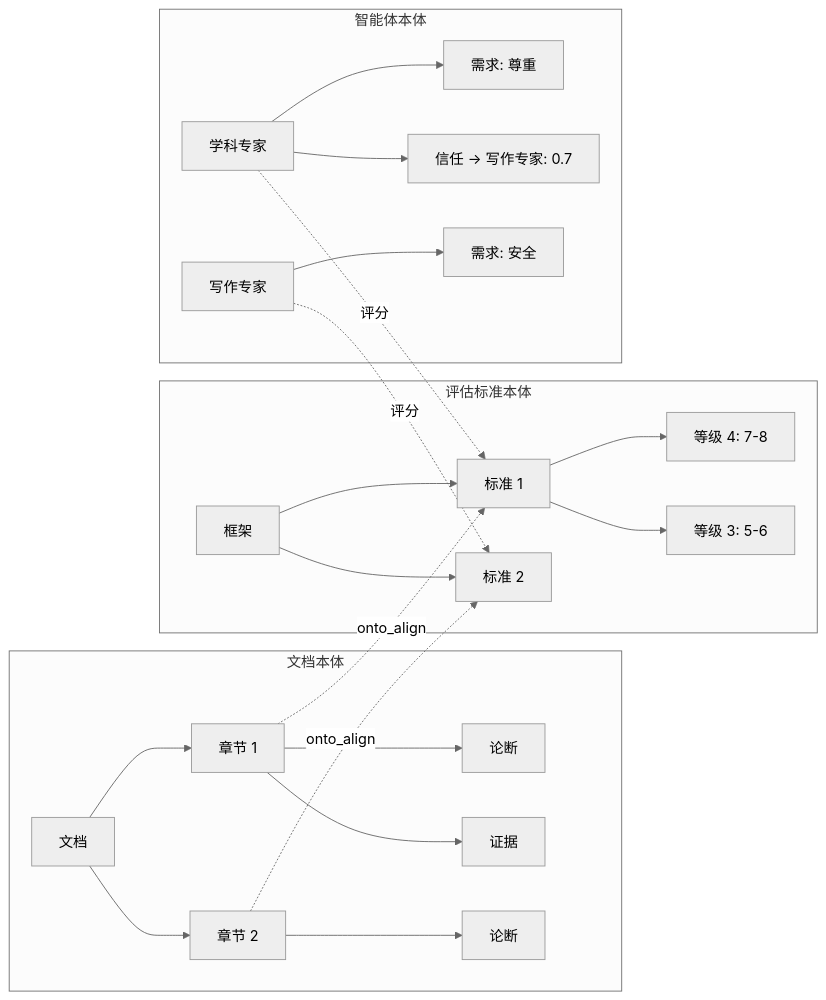
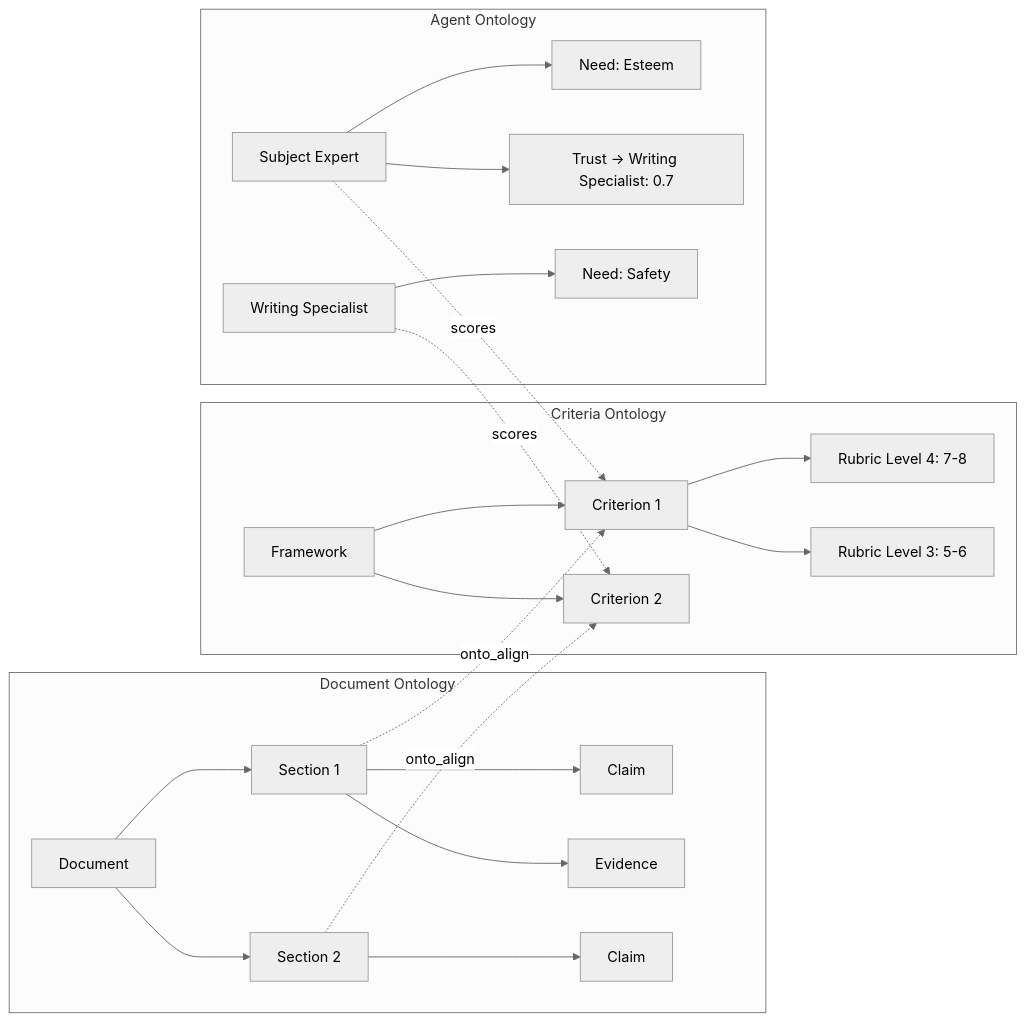
The second of 4 diagrams in README-CN.md (fabio-rovai/brain-in-the-fish), drawn with Mermaid (neutral theme) before and after one commit. The commit also changed other lines of this file and 2 other files, not shown here.

````diff
--- a/README-CN.md
+++ b/README-CN.md
@@ -173,28 +232,28 @@
 ```mermaid
 graph LR
-    subgraph "文档本体"
-        D[文档] --> S1[章节 1]
-        D --> S2[章节 2]
-        S1 --> C1[论断]
-        S1 --> E1[证据]
-        S2 --> C2[论断]
+    subgraph "Document Ontology"
+        D[Document] --> S1[Section 1]
+        D --> S2[Section 2]
+        S1 --> C1[Claim]
+        S1 --> E1[Evidence]
+        S2 --> C2[Claim]
     end
 
-    subgraph "评估标准本体"
-        F[框架] --> CR1[标准 1]
-        F --> CR2[标准 2]
-        CR1 --> R1[等级 4: 7-8]
-        CR1 --> R2[等级 3: 5-6]
+    subgraph "Criteria Ontology"
+        F[Framework] --> CR1[Criterion 1]
+        F --> CR2[Criterion 2]
+        CR1 --> R1[Rubric Level 4: 7-8]
+        CR1 --> R2[Rubric Level 3: 5-6]
     end
 
-    subgraph "智能体本体"
-        A1[学科专家] --> N1[需求: 尊重]
-        A1 --> T1[信任 → 写作专家: 0.7]
-        A2[写作专家] --> N2[需求: 安全]
+    subgraph "Agent Ontology"
+        A1[Subject Expert] --> N1[Need: Esteem]
+        A1 --> T1[Trust → Writing Specialist: 0.7]
+        A2[Writing Specialist] --> N2[Need: Safety]
     end
 
     S1 -.->|onto_align| CR1
     S2 -.->|onto_align| CR2
-    A1 -.->|评分| CR1
-    A2 -.->|评分| CR2
+    A1 -.->|scores| CR1
+    A2 -.->|scores| CR2
 ```
````
